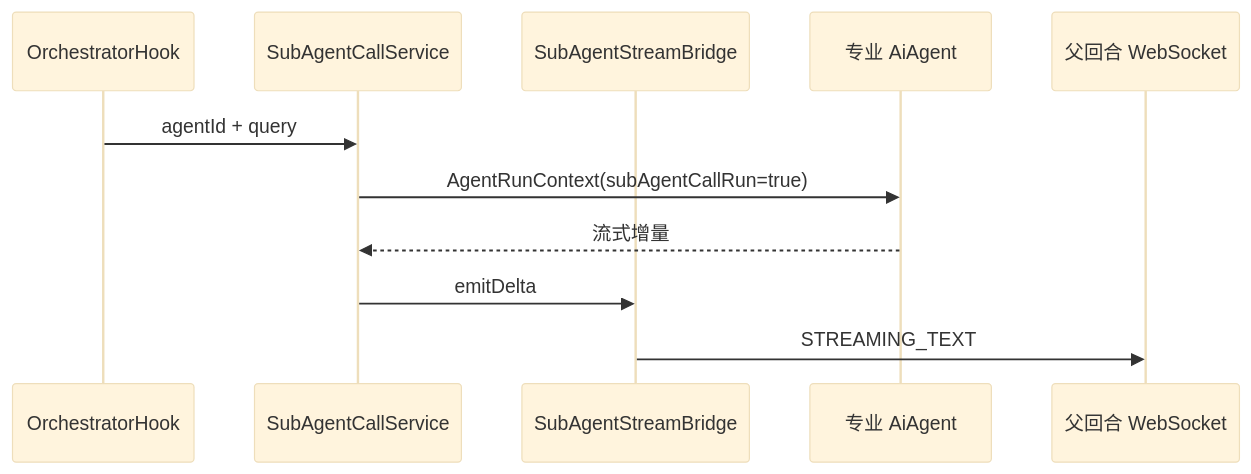
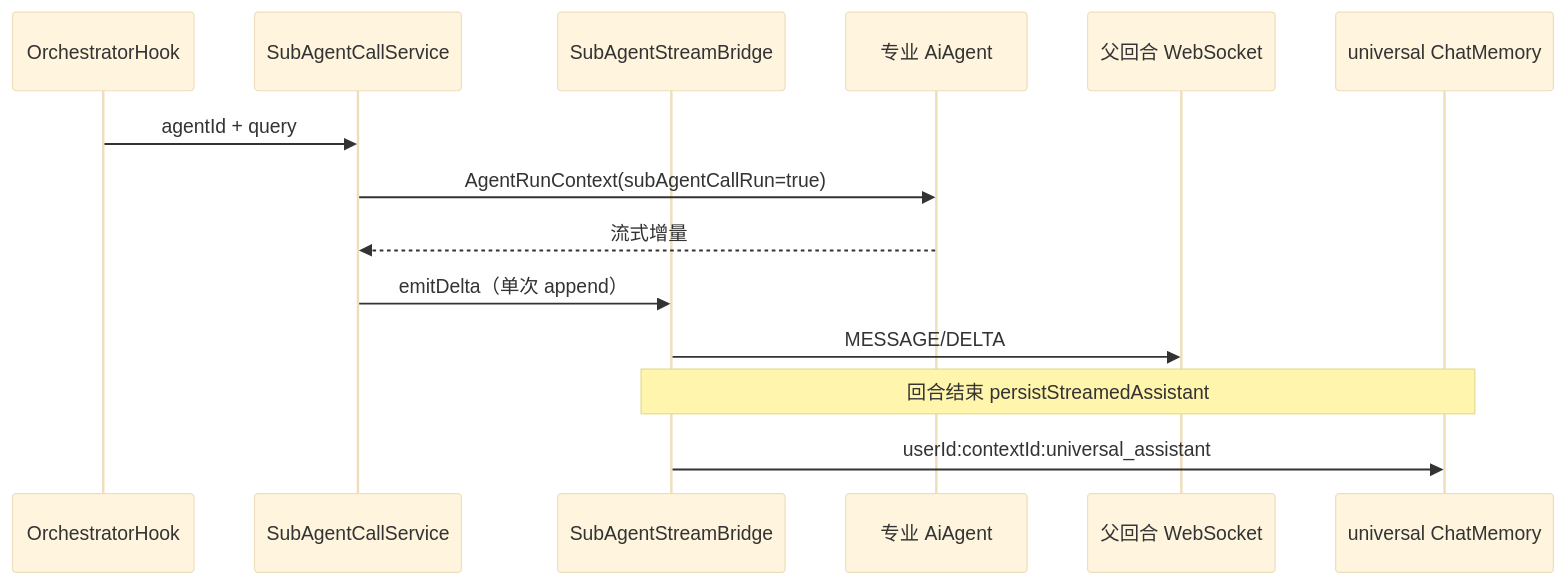
One commit to j2agent-ai/j2agent-docs changed the second of 3 diagrams in 平台/通用助手/子智能体调用与记忆.md. Above: the diagram before and after it, drawn with Mermaid (base theme). The commit also changed other lines of this file and 2 other files, not shown here.

First line of the commit message:
feat(chat): 实现聊天回合取消功能支持

````diff
--- a/平台/通用助手/子智能体调用与记忆.md
+++ b/平台/通用助手/子智能体调用与记忆.md
@@ -61,14 +61,17 @@
 ```mermaid
 sequenceDiagram
   participant Hook as OrchestratorHook
   participant Call as SubAgentCallService
   participant Bridge as SubAgentStreamBridge
   participant Sub as 专业 AiAgent
   participant WS as 父回合 WebSocket
+  participant DB as universal ChatMemory
 
   Hook->>Call: agentId + query
   Call->>Sub: AgentRunContext(subAgentCallRun=true)
   Sub-->>Call: 流式增量
-  Call->>Bridge: emitDelta
-  Bridge->>WS: STREAMING_TEXT
+  Call->>Bridge: emitDelta（单次 append）
+  Bridge->>WS: MESSAGE/DELTA
+  Note over Bridge,DB: 回合结束 persistStreamedAssistant
+  Bridge->>DB: userId:contextId:universal_assistant
 ```
````
